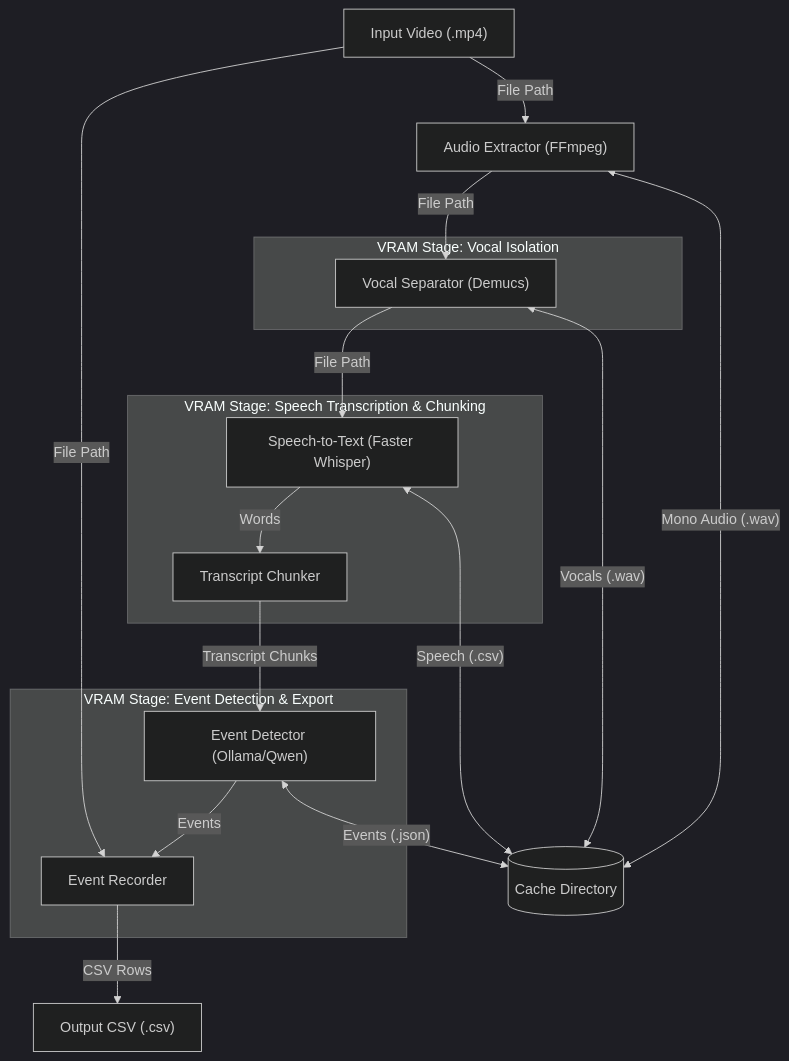
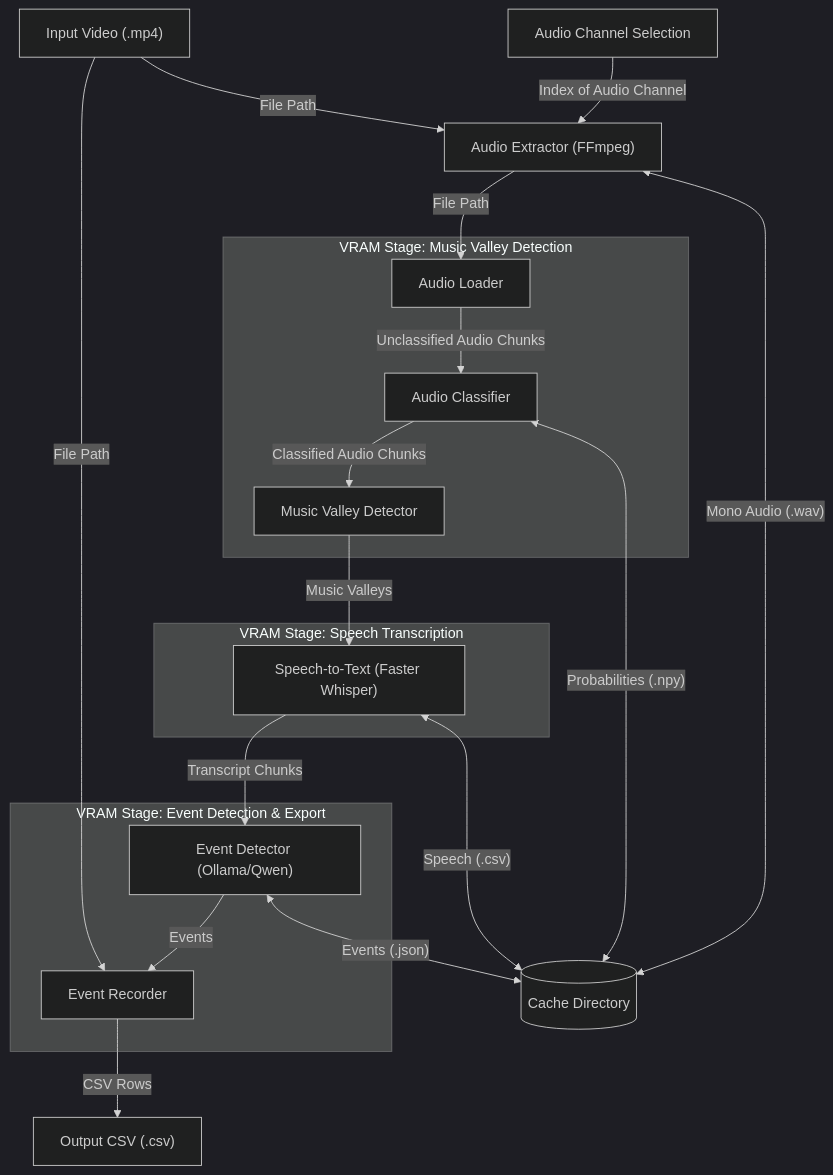
Before and after one commit to BadgerBallroom/ballroom_scribe: the diagram in README.md, drawn with Mermaid (dark theme). The commit also changed other lines of this file and 56 other files, not shown here.

First line of the commit message:
Segment audio by music instead of vocal silence

````diff
--- a/README.md
+++ b/README.md
@@ -11,35 +11,39 @@
 ```mermaid
 flowchart TD
     InputVideo["Input Video (.mp4)"]
+    AudioChannel["Audio Channel Selection"]
 
     ExtractAudio["Audio Extractor (FFmpeg)"]
 
-    subgraph Stage1["VRAM Stage: Vocal Isolation"]
-        VocalIsolator["Vocal Separator (Demucs)"]
+    subgraph Stage1["VRAM Stage: Music Valley Detection"]
+        AudioLoader["Audio Loader"]
+        AudioClassifier["Audio Classifier"]
+        MusicValleyDetector["Music Valley Detector"]
     end
 
-    subgraph Stage2["VRAM Stage: Speech Transcription & Chunking"]
+    subgraph Stage2["VRAM Stage: Speech Transcription"]
         SpeechTranscriber["Speech-to-Text (Faster Whisper)"]
-        TranscriptChunker["Transcript Chunker"]
     end
 
-    subgraph Stage4["VRAM Stage: Event Detection & Export"]
+    subgraph Stage3["VRAM Stage: Event Detection & Export"]
         EventDetector["Event Detector (Ollama/Qwen)"]
         EventRecorder["Event Recorder"]
     end
 
     InputVideo -->|"File Path"| ExtractAudio
-    ExtractAudio -->|"File Path"| VocalIsolator
-    VocalIsolator -->|"File Path"| SpeechTranscriber
-    SpeechTranscriber -->|"Words"| TranscriptChunker
-    TranscriptChunker -->|"Transcript Chunks"| EventDetector
+    AudioChannel -->|"Index of Audio Channel"| ExtractAudio
+    ExtractAudio -->|"File Path"| AudioLoader
+    AudioLoader -->|"Unclassified Audio Chunks"| AudioClassifier
+    AudioClassifier -->|"Classified Audio Chunks"| MusicValleyDetector
+    MusicValleyDetector -->|"Music Valleys"| SpeechTranscriber
+    SpeechTranscriber -->|"Transcript Chunks"| EventDetector
+    InputVideo -->|"File Path"| EventRecorder
     EventDetector -->|"Events"| EventRecorder
-    InputVideo -->|"File Path"| EventRecorder
     EventRecorder -->|"CSV Rows"| OutputCSV["Output CSV (.csv)"]
 
     CacheDir[("Cache Directory")]
+    SpeechTranscriber <-->|"Speech (.csv)"| CacheDir
+    AudioClassifier <-->|"Probabilities (.npy)"| CacheDir
     ExtractAudio <-->|"Mono Audio (.wav)"| CacheDir
-    VocalIsolator <-->|"Vocals (.wav)"| CacheDir
-    SpeechTranscriber <-->|"Speech (.csv)"| CacheDir
     EventDetector <-->|"Events (.json)"| CacheDir
 ```
````
